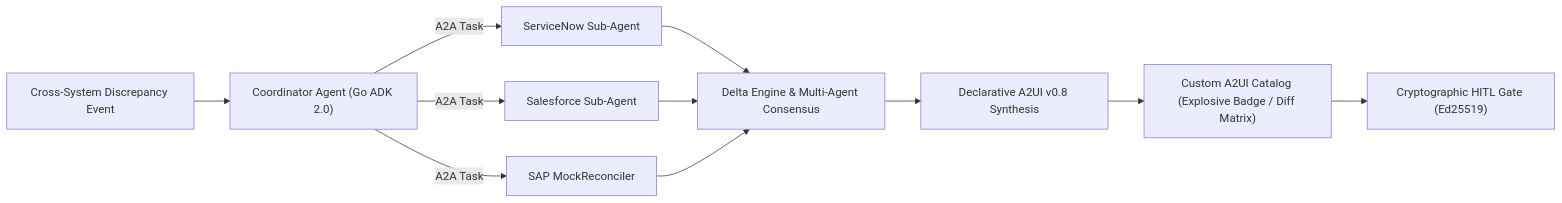
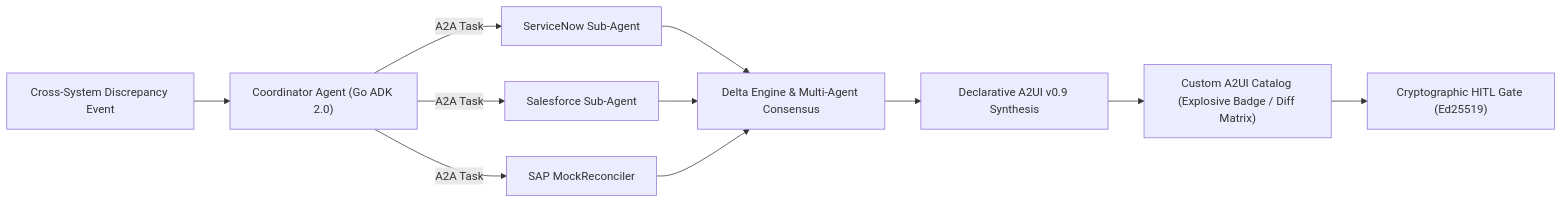
The diagram in docs/research_paper.md (tiaaburton/Data-Recon-Agent), drawn with Mermaid before and after one commit. The commit also changed other lines of this file and 12 other files, not shown here.

````diff
--- a/docs/research_paper.md
+++ b/docs/research_paper.md
@@ -29,13 +29,13 @@
 ```mermaid
 graph LR
     Discrepancy["Cross-System Discrepancy Event"] --> Coordinator["Coordinator Agent (Go ADK 2.0)"]
     Coordinator -->|A2A Task| SNWorker["ServiceNow Sub-Agent"]
     Coordinator -->|A2A Task| SFWorker["Salesforce Sub-Agent"]
     Coordinator -->|A2A Task| SAPWorker["SAP MockReconciler"]
     SNWorker --> Consensus["Delta Engine & Multi-Agent Consensus"]
     SFWorker --> Consensus
     SAPWorker --> Consensus
-    Consensus --> A2UI["Declarative A2UI v0.8 Synthesis"]
+    Consensus --> A2UI["Declarative A2UI v0.9 Synthesis"]
     A2UI --> UI["Custom A2UI Catalog (Explosive Badge / Diff Matrix)"]
     UI --> HITL["Cryptographic HITL Gate (Ed25519)"]
 ```
````
